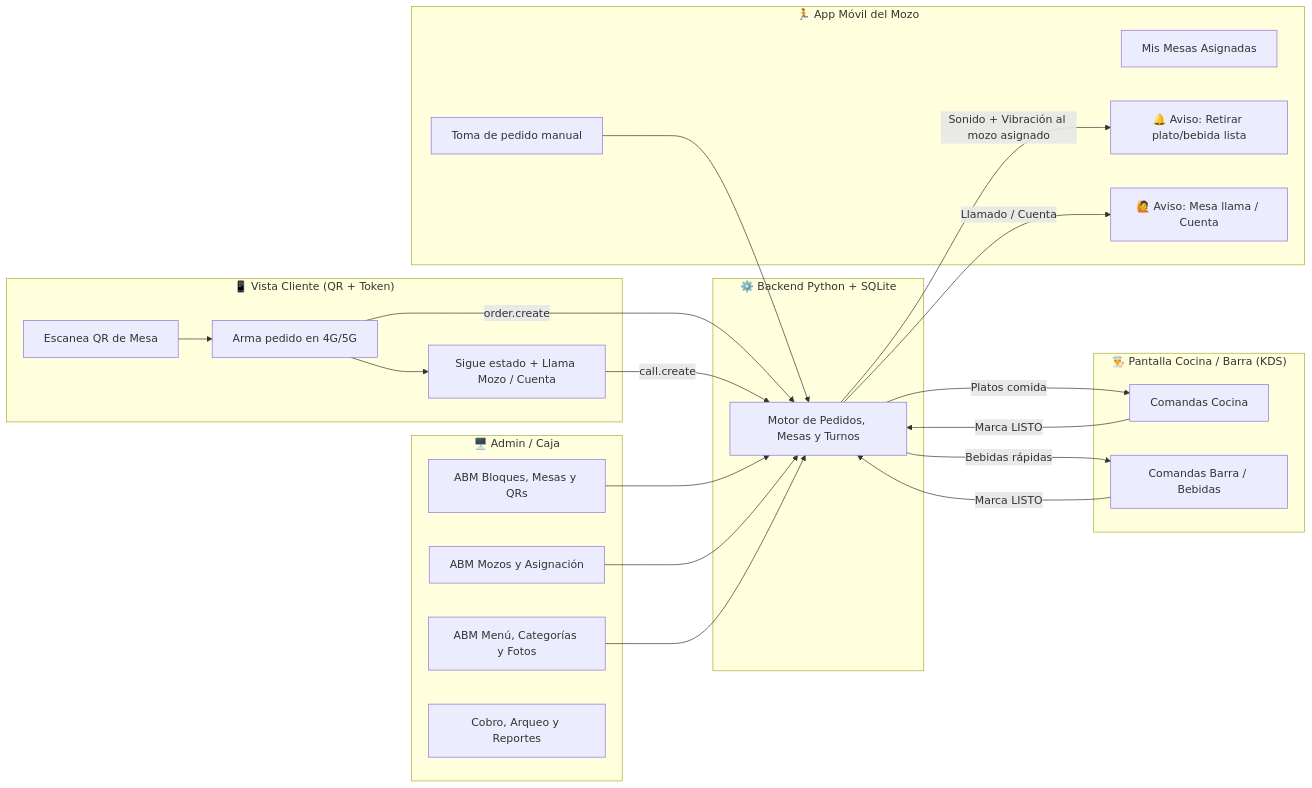
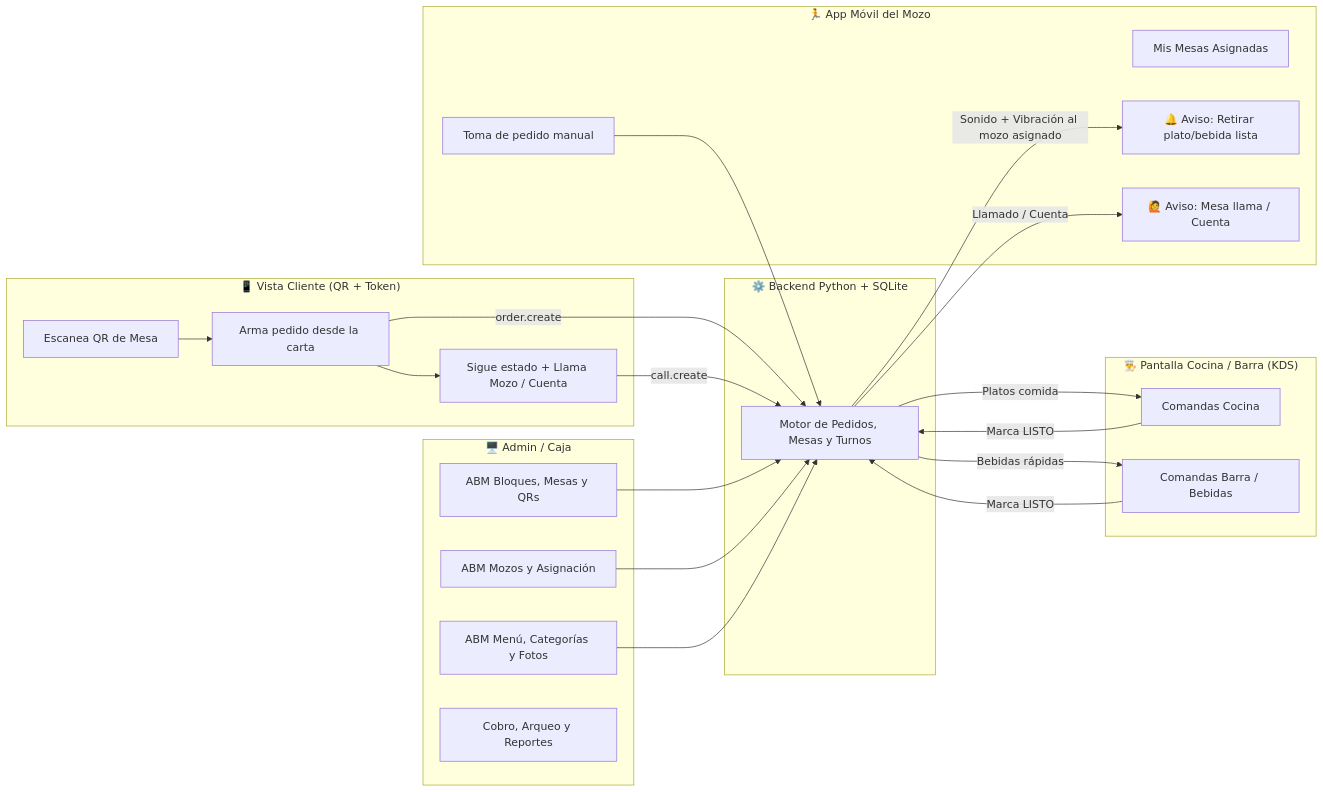
Before and after one commit to colo03/menues: the diagram in docs/auditoria_inicial_beta.md, drawn with Mermaid. The commit also changed other lines of this file and 59 other files, not shown here.

````diff
--- a/docs/auditoria_inicial_beta.md
+++ b/docs/auditoria_inicial_beta.md
@@ -103,43 +103,43 @@
 ```mermaid
 flowchart LR
     subgraph Cliente["📱 Vista Cliente (QR + Token)"]
-        C1["Escanea QR de Mesa"] --> C2["Arma pedido en 4G/5G"]
+        C1["Escanea QR de Mesa"] --> C2["Arma pedido desde la carta"]
         C2 --> C3["Sigue estado + Llama Mozo / Cuenta"]
     end
 
     subgraph Sistema["⚙️ Backend Python + SQLite"]
         API["Motor de Pedidos, Mesas y Turnos"]
     end
 
     subgraph Cocina["👨‍🍳 Pantalla Cocina / Barra (KDS)"]
         K1["Comandas Cocina"]
         K2["Comandas Barra / Bebidas"]
     end
 
     subgraph Mozo["🏃 App Móvil del Mozo"]
         W1["Mis Mesas Asignadas"]
         W2["🔔 Aviso: Retirar plato/bebida lista"]
         W3["🙋 Aviso: Mesa llama / Cuenta"]
         W4["Toma de pedido manual"]
     end
 
     subgraph Admin["🖥️ Admin / Caja"]
         A1["ABM Menú, Categorías y Fotos"]
         A2["ABM Bloques, Mesas y QRs"]
         A3["ABM Mozos y Asignación"]
         A4["Cobro, Arqueo y Reportes"]
     end
 
     C2 -->|"order.create"| API
     C3 -->|"call.create"| API
     API -->|"Platos comida"| K1
     API -->|"Bebidas rápidas"| K2
     K1 -->|"Marca LISTO"| API
     K2 -->|"Marca LISTO"| API
     API -->|"Sonido + Vibración al mozo asignado"| W2
     API -->|"Llamado / Cuenta"| W3
     A2 --> API
     A3 --> API
     A1 --> API
     W4 --> API
 ```
````
